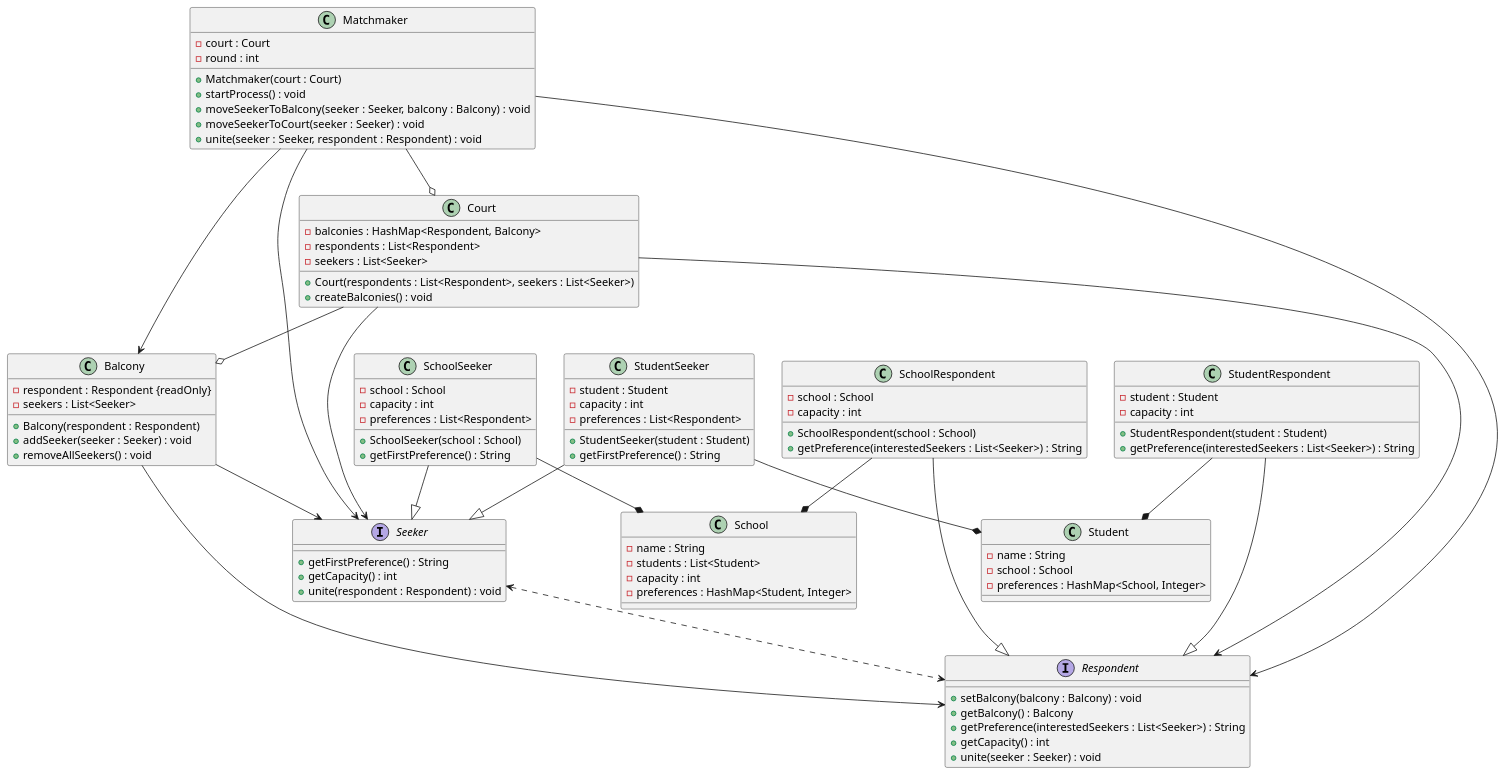
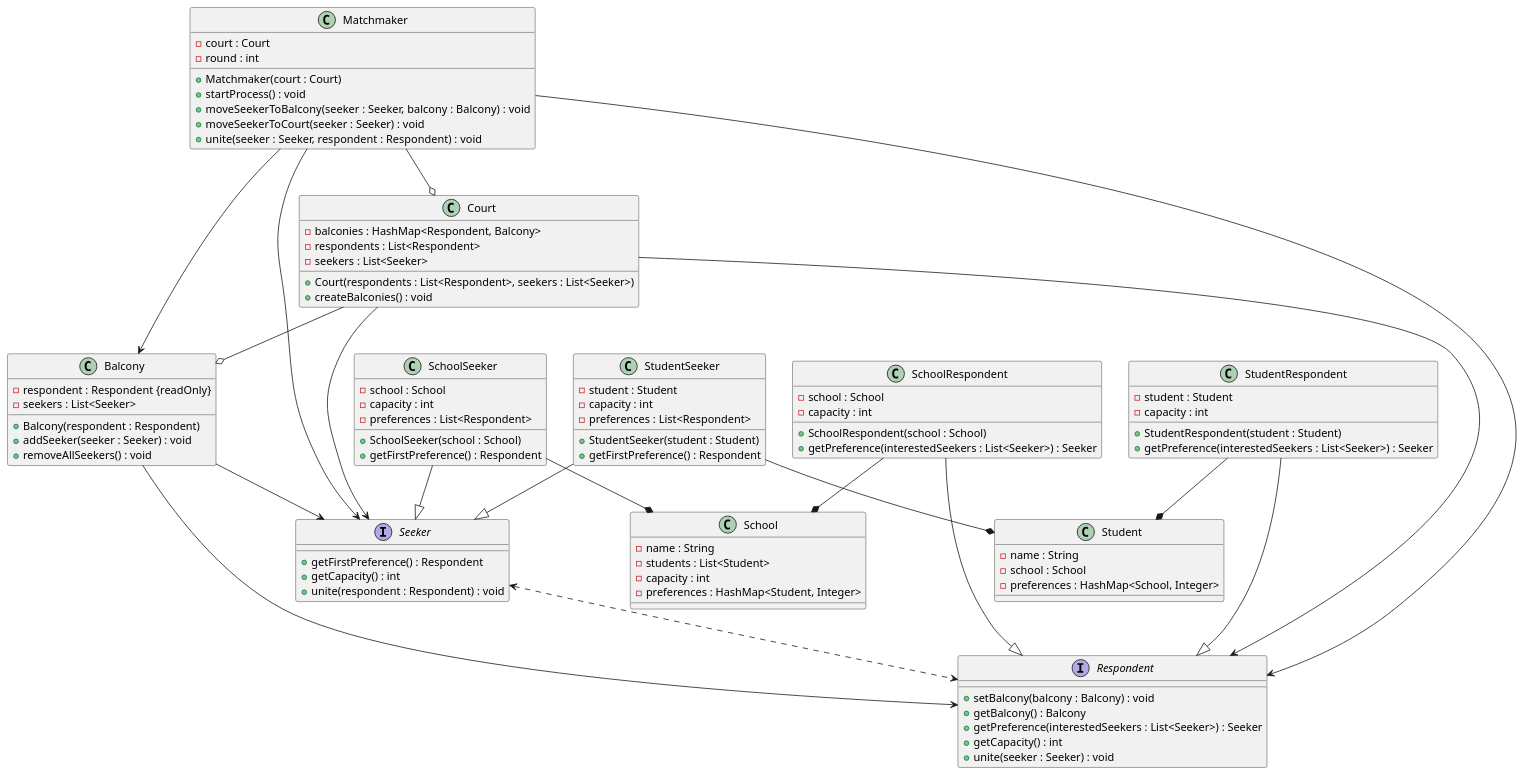
Before and after one commit to Paul-Arago/Graph-Project-1A: the second of 2 diagrams in README.md, drawn with PlantUML. The commit also changed other lines of this file, not shown here.

```diff
--- a/README.md
+++ b/README.md
@@ -62,7 +62,7 @@
 }
 
 interface "Seeker" {
-    + getFirstPreference() : String
+    + getFirstPreference() : Respondent
     + getCapacity() : int
     + unite(respondent : Respondent) : void
 }
@@ -72,7 +72,7 @@
     - capacity : int
     - preferences : List<Respondent>
     + StudentSeeker(student : Student)
-    + getFirstPreference() : String
+    + getFirstPreference() : Respondent
 }
 
 class "SchoolSeeker" {
@@ -80,13 +80,13 @@
     - capacity : int
     - preferences : List<Respondent>
     + SchoolSeeker(school : School)
-    + getFirstPreference() : String
+    + getFirstPreference() : Respondent
 }
 
 interface "Respondent" {
     + setBalcony(balcony : Balcony) : void
     + getBalcony() : Balcony
-    + getPreference(interestedSeekers : List<Seeker>) : String
+    + getPreference(interestedSeekers : List<Seeker>) : Seeker
     + getCapacity() : int
     + unite(seeker : Seeker) : void
 }
@@ -95,14 +95,14 @@
     - school : School
     - capacity : int
     + SchoolRespondent(school : School)
-    + getPreference(interestedSeekers : List<Seeker>) : String
+    + getPreference(interestedSeekers : List<Seeker>) : Seeker
 }
 
 class "StudentRespondent" {
     - student : Student
     - capacity : int
     + StudentRespondent(student : Student)
-    + getPreference(interestedSeekers : List<Seeker>) : String
+    + getPreference(interestedSeekers : List<Seeker>) : Seeker
 }
 
 class "Student" {
```
